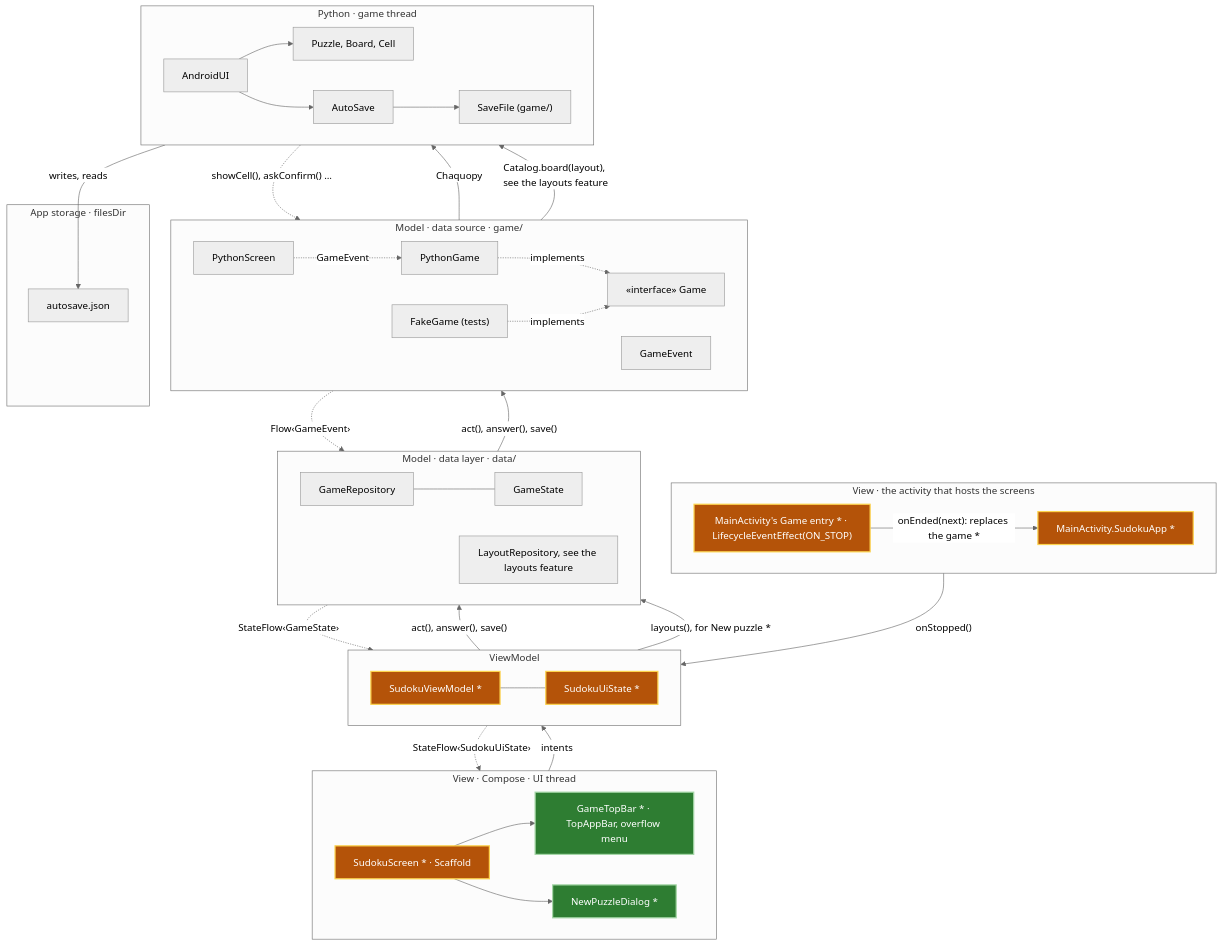
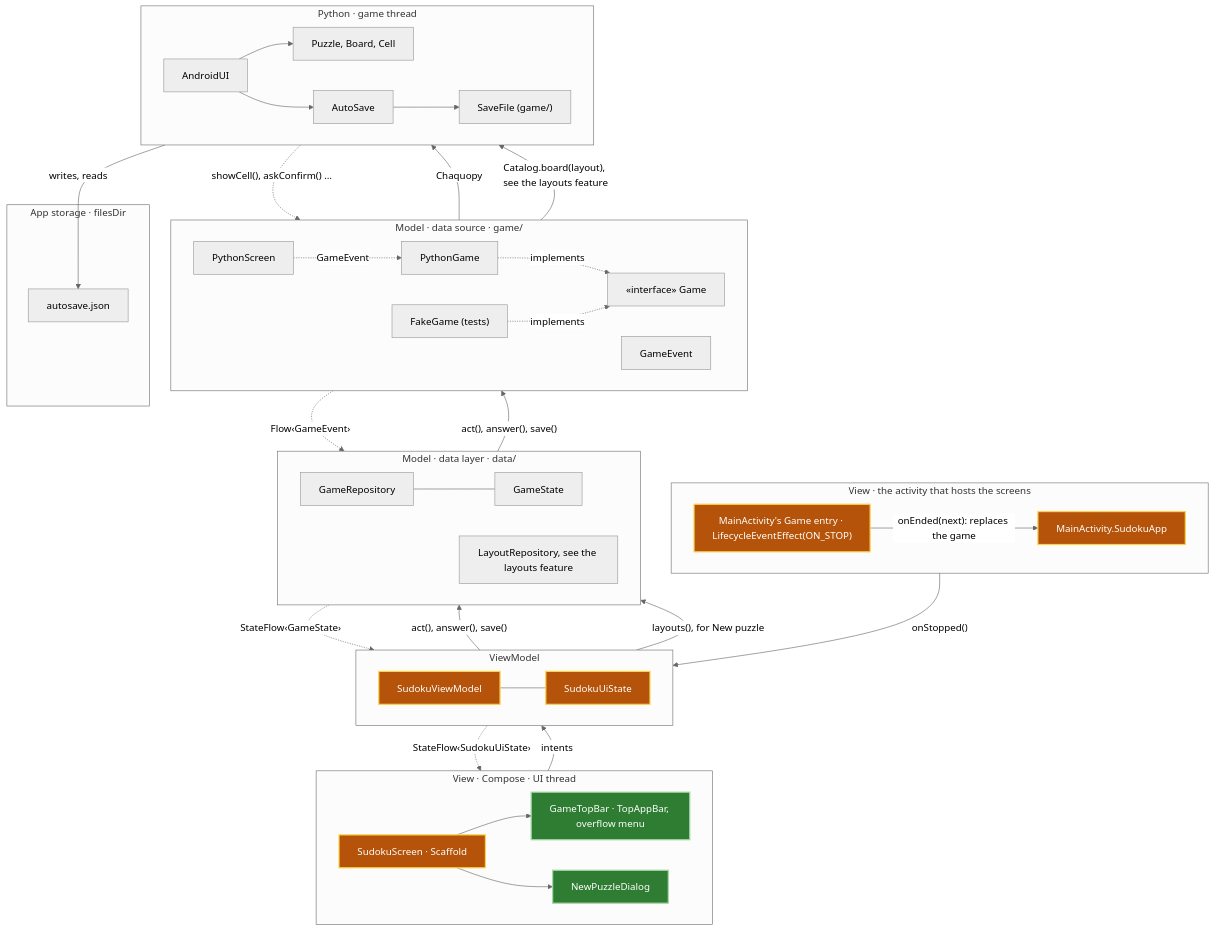
The fifth of 9 diagrams in android/docs/architecture.md (aivanov61/sudoku-solver), drawn with Mermaid (neutral theme) before and after one commit. The commit also changed other lines of this file and 20 other files, not shown here.

Commit message:
Give the game screen a Material 3 top app bar whose overflow menu starts a new puzzle, asking first when the board has values, ending the game and going on to the route the splash would take, with the app named Sudoku Solver throughout.

````diff
--- a/android/docs/architecture.md
+++ b/android/docs/architecture.md
@@ -246,64 +246,64 @@
 ```mermaid
 flowchart TB
     subgraph Host["View · the activity that hosts the screens"]
         direction LR
-        SudokuApp["MainActivity.SudokuApp *"]
-        GameEntry["MainActivity's Game entry * · LifecycleEventEffect(ON_STOP)"]
+        SudokuApp["MainActivity.SudokuApp"]
+        GameEntry["MainActivity's Game entry · LifecycleEventEffect(ON_STOP)"]
     end
 
     subgraph View["View · Compose · UI thread"]
         direction LR
-        SudokuScreen["SudokuScreen * · Scaffold"] --> GameTopBar["GameTopBar * · TopAppBar, overflow menu"]
-        SudokuScreen --> NewPuzzleDialog["NewPuzzleDialog *"]
+        SudokuScreen["SudokuScreen · Scaffold"] --> GameTopBar["GameTopBar · TopAppBar, overflow menu"]
+        SudokuScreen --> NewPuzzleDialog
     end
 
     subgraph VM["ViewModel"]
         direction LR
-        SudokuViewModel["SudokuViewModel *"] --- SudokuUiState["SudokuUiState *"]
+        SudokuViewModel --- SudokuUiState
     end
 
     subgraph DataLayer["Model · data layer · data/"]
         direction LR
         GameRepository["GameRepository"] --- GameState
         LayoutRepository["LayoutRepository, see the layouts feature"]
     end
 
     subgraph DataSource["Model · data source · game/"]
         direction LR
         PythonGame["PythonGame"] -. implements .-> Game["«interface» Game"]
         GameEvent
         FakeGame["FakeGame (tests)"] -. implements .-> Game
         PythonScreen
     end
 
     subgraph Python["Python · game thread"]
         direction LR
         AndroidUI["AndroidUI"] --> Puzzle["Puzzle, Board, Cell"]
         AndroidUI --> AutoSave["AutoSave"]
         AutoSave --> SaveFile["SaveFile (game/)"]
     end
 
     subgraph Storage["App storage · filesDir"]
         AutoSaveFile["autosave.json"]
     end
 
     GameEntry -- "onStopped()" --> SudokuViewModel
-    GameEntry -- "onEnded(next): replaces the game *" --> SudokuApp
+    GameEntry -- "onEnded(next): replaces the game" --> SudokuApp
     SudokuScreen -- "intents" --> SudokuViewModel
     SudokuViewModel -. "StateFlow‹SudokuUiState›" .-> SudokuScreen
     SudokuViewModel -- "act(), answer(), save()" --> GameRepository
-    SudokuViewModel -- "layouts(), for New puzzle *" --> LayoutRepository
+    SudokuViewModel -- "layouts(), for New puzzle" --> LayoutRepository
     GameRepository -. "StateFlow‹GameState›" .-> SudokuViewModel
     GameRepository -- "act(), answer(), save()" --> Game
     Game -. "Flow‹GameEvent›" .-> GameRepository
     PythonGame -- "Chaquopy" --> AndroidUI
     AndroidUI -. "showCell(), askConfirm() …" .-> PythonScreen
     PythonScreen -. "GameEvent" .-> PythonGame
     PythonGame -- "Catalog.board(layout), see the layouts feature" --> AndroidUI
     SaveFile -- "writes, reads" --> AutoSaveFile
 
     classDef new fill:#2e7d32,stroke:#a5d6a7,stroke-width:2px,color:#ffffff
     classDef changed fill:#b45309,stroke:#fcd34d,stroke-width:2px,color:#ffffff
     class GameTopBar,NewPuzzleDialog new
     class SudokuApp,GameEntry,SudokuScreen,SudokuViewModel,SudokuUiState changed
 ```
````
